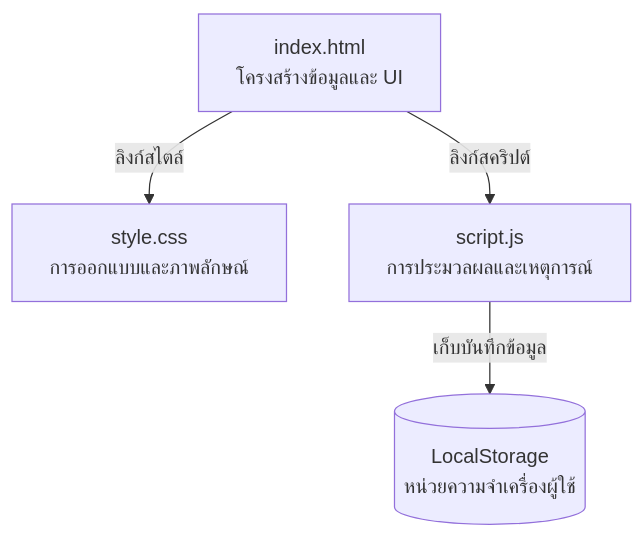
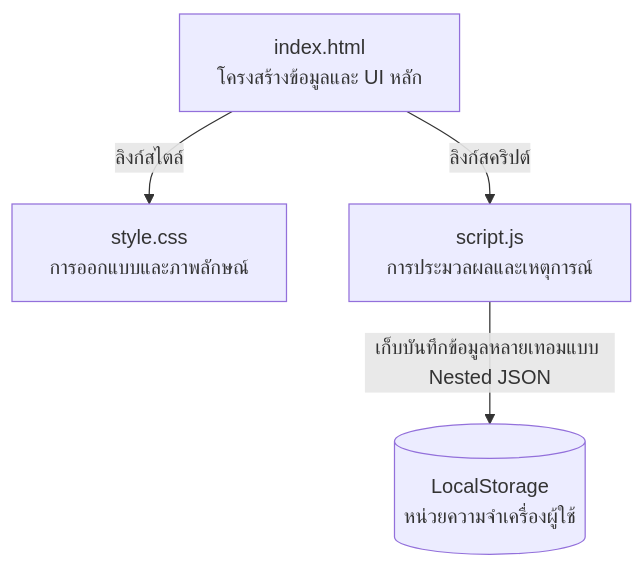
The diagram in README.md (naphatsakornphanpr-tech/-GPA-Calculator-), drawn with Mermaid before and after one commit. The commit also changed other lines of this file and 3 other files, not shown here.

Commit message:
feat: upgrade to multi-semester GPax calculator with nested LocalStorage support

````diff
--- a/README.md
+++ b/README.md
@@ -44,6 +44,6 @@
 ```mermaid
 graph TD
-    HTML[index.html <br> โครงสร้างข้อมูลและ UI] -->|ลิงก์สไตล์| CSS[style.css <br> การออกแบบและภาพลักษณ์]
+    HTML[index.html <br> โครงสร้างข้อมูลและ UI หลัก] -->|ลิงก์สไตล์| CSS[style.css <br> การออกแบบและภาพลักษณ์]
     HTML -->|ลิงก์สคริปต์| JS[script.js <br> การประมวลผลและเหตุการณ์]
-    JS -->|เก็บบันทึกข้อมูล| LS[(LocalStorage <br> หน่วยความจำเครื่องผู้ใช้)]
+    JS -->|เก็บบันทึกข้อมูลหลายเทอมแบบ Nested JSON| LS[(LocalStorage <br> หน่วยความจำเครื่องผู้ใช้)]
 ```
````
